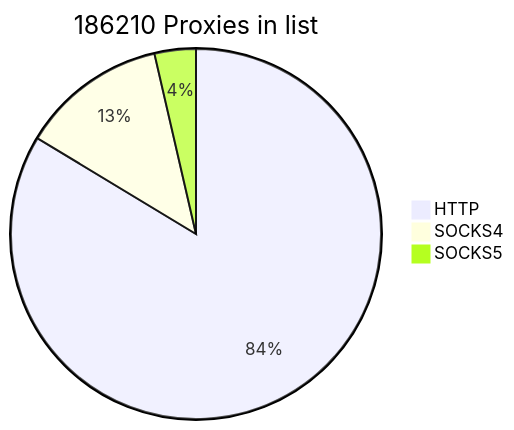
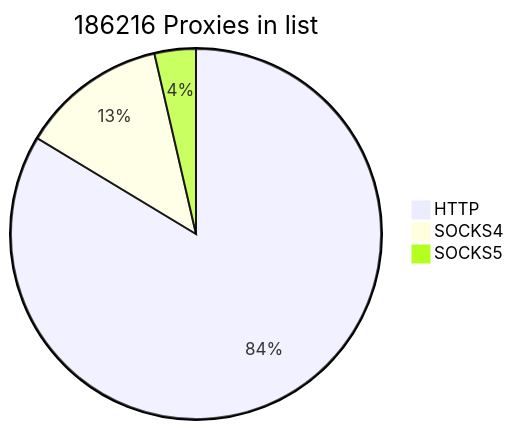
The first of 2 diagrams in README.md (cutipu/proxylist), drawn with Mermaid before and after one commit. The commit also changed other lines of this file, not shown here.

````diff
--- a/README.md
+++ b/README.md
@@ -2,7 +2,7 @@
 ```mermaid
-pie title 186210 Proxies in list
+pie title 186216 Proxies in list
     "HTTP" : 155762
     "SOCKS4" : 23732
-    "SOCKS5" : 6716
+    "SOCKS5" : 6722
             
 ```
````
